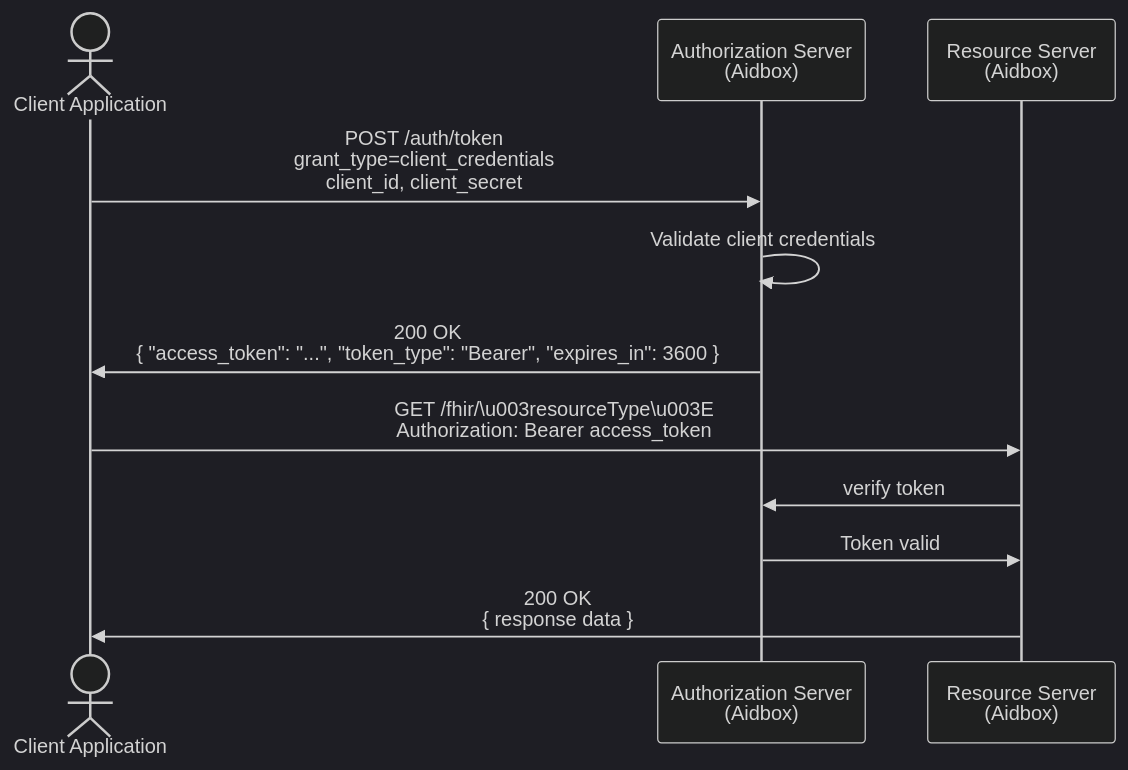
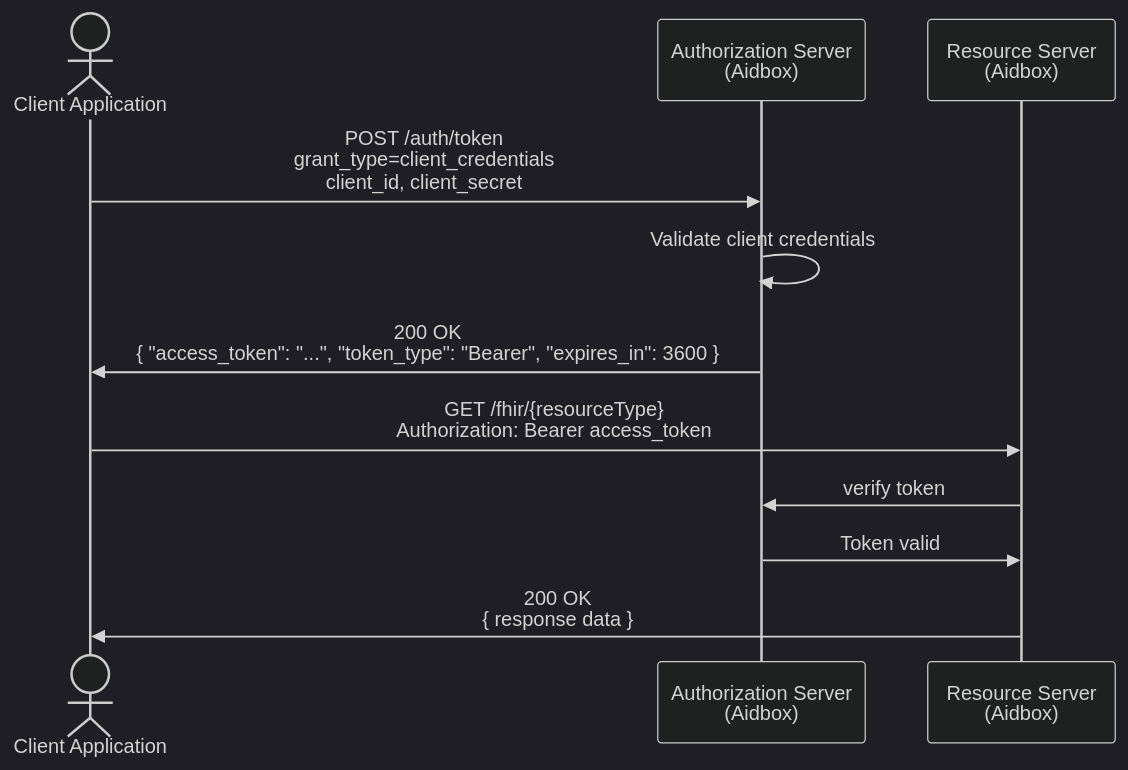
Before and after one commit to HealthSamurai/documentation: the first of 4 diagrams in docs/access-control/authentication/oauth-2-0.md, drawn with Mermaid (dark theme). The commit also changed other lines of this file, not shown here.

````diff
--- a/docs/access-control/authentication/oauth-2-0.md
+++ b/docs/access-control/authentication/oauth-2-0.md
@@ -11,14 +11,14 @@
 ```mermaid fullWidth="true"
 sequenceDiagram
   actor ClientApp as Client Application
   participant AS as Authorization Server<br/>(Aidbox)
   participant RS as Resource Server<br/>(Aidbox)
 
   ClientApp ->> AS: POST /auth/token<br/>grant_type=client_credentials<br/>client_id, client_secret
   AS ->> AS: Validate client credentials
   AS ->> ClientApp: 200 OK<br/>{ "access_token": "...", "token_type": "Bearer", "expires_in": 3600 }
-  ClientApp ->> RS: GET /fhir/\u003resourceType\u003E<br>Authorization: Bearer access_token
+  ClientApp ->> RS: GET /fhir/{resourceType}<br>Authorization: Bearer access_token
   RS ->> AS: verify token
   AS ->> RS: Token valid
   RS ->> ClientApp: 200 OK<br/>{ response data }
 ```
````
